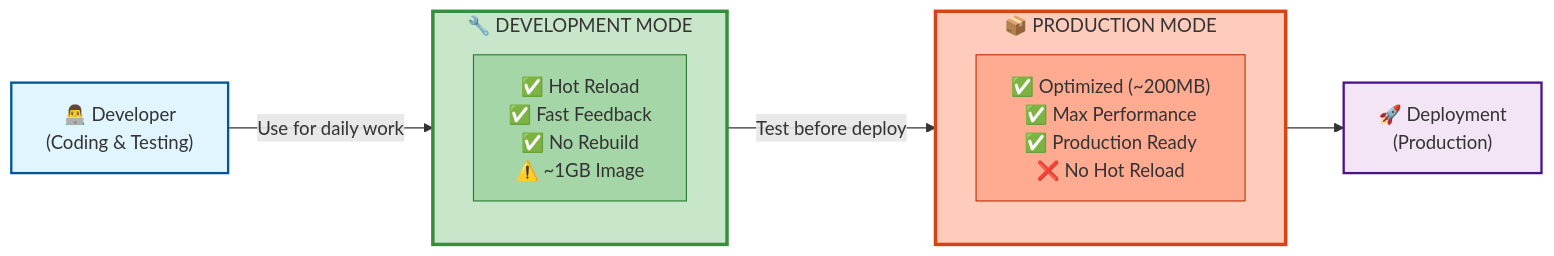
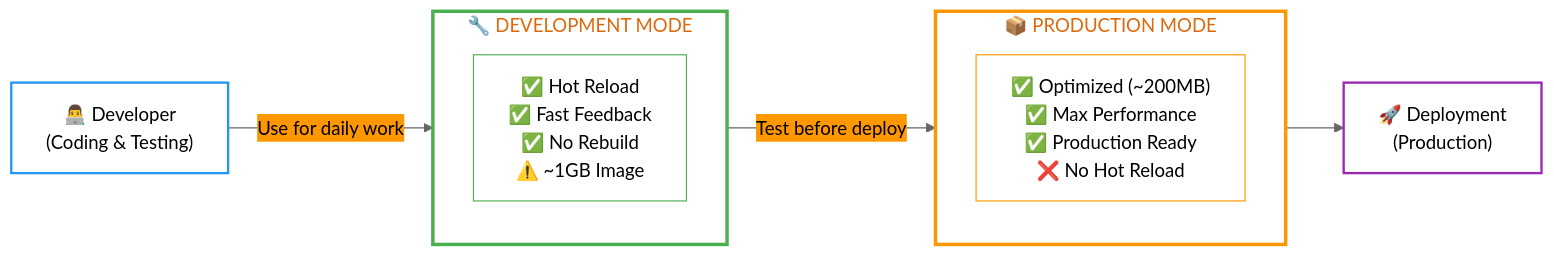
Before and after one commit to ever-co/ever-teams: the first of 4 diagrams in DOCKER_DEV_VS_PROD.md, drawn with Mermaid. The commit also changed other lines of this file and 1 other file, not shown here.

````diff
--- a/DOCKER_DEV_VS_PROD.md
+++ b/DOCKER_DEV_VS_PROD.md
@@ -5,24 +5,25 @@
 ```mermaid
+%%{init: {'theme':'base', 'themeVariables': { 'primaryColor':'#4CAF50','primaryTextColor':'#000','primaryBorderColor':'#2E7D32','lineColor':'#666','secondaryColor':'#FF9800','tertiaryColor':'#2196F3'}}}%%
 graph LR
     subgraph DevMode["🔧 DEVELOPMENT MODE"]
         DevFeatures["✅ Hot Reload<br/>✅ Fast Feedback<br/>✅ No Rebuild<br/>⚠️ ~1GB Image"]
     end
 
     subgraph ProdMode["📦 PRODUCTION MODE"]
         ProdFeatures["✅ Optimized (~200MB)<br/>✅ Max Performance<br/>✅ Production Ready<br/>❌ No Hot Reload"]
     end
 
     Developer["👨‍💻 Developer<br/>(Coding & Testing)"]
     Deployment["🚀 Deployment<br/>(Production)"]
 
     Developer -->|"Use for daily work"| DevMode
     DevMode -->|"Test before deploy"| ProdMode
     ProdMode --> Deployment
 
-    style DevMode fill:#c8e6c9,stroke:#388e3c,stroke-width:3px
-    style ProdMode fill:#ffccbc,stroke:#d84315,stroke-width:3px
-    style Developer fill:#e1f5fe,stroke:#01579b,stroke-width:2px
-    style Deployment fill:#f3e5f5,stroke:#4a148c,stroke-width:2px
-    style DevFeatures fill:#a5d6a7,stroke:#2e7d32
-    style ProdFeatures fill:#ffab91,stroke:#bf360c
+    style DevMode fill:none,stroke:#4CAF50,stroke-width:3px
+    style ProdMode fill:none,stroke:#FF9800,stroke-width:3px
+    style Developer fill:none,stroke:#2196F3,stroke-width:2px
+    style Deployment fill:none,stroke:#9C27B0,stroke-width:2px
+    style DevFeatures fill:none,stroke:#4CAF50
+    style ProdFeatures fill:none,stroke:#FF9800
 ```
````
